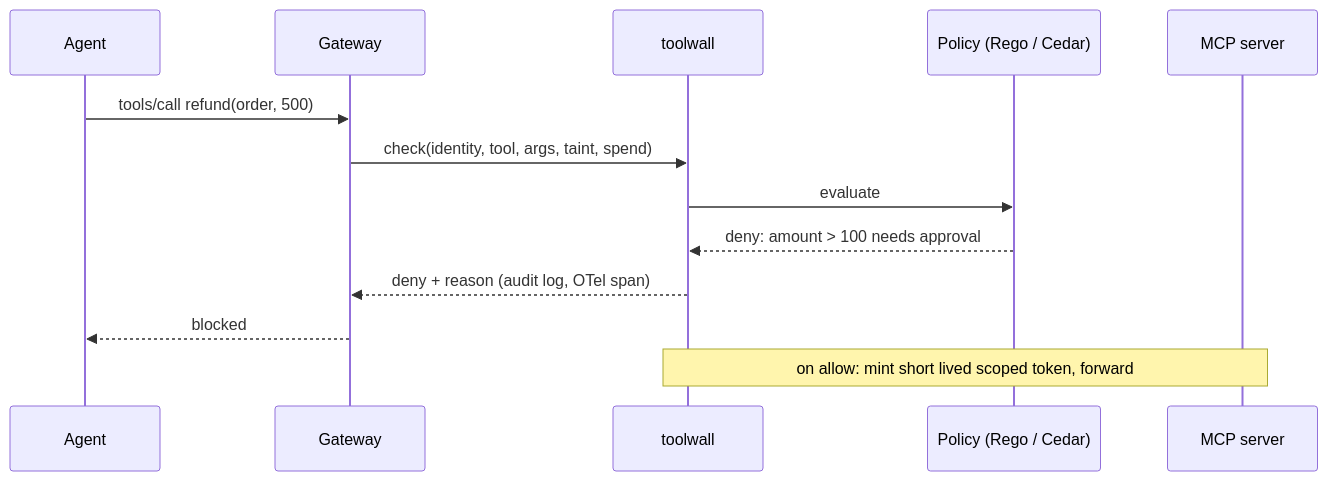
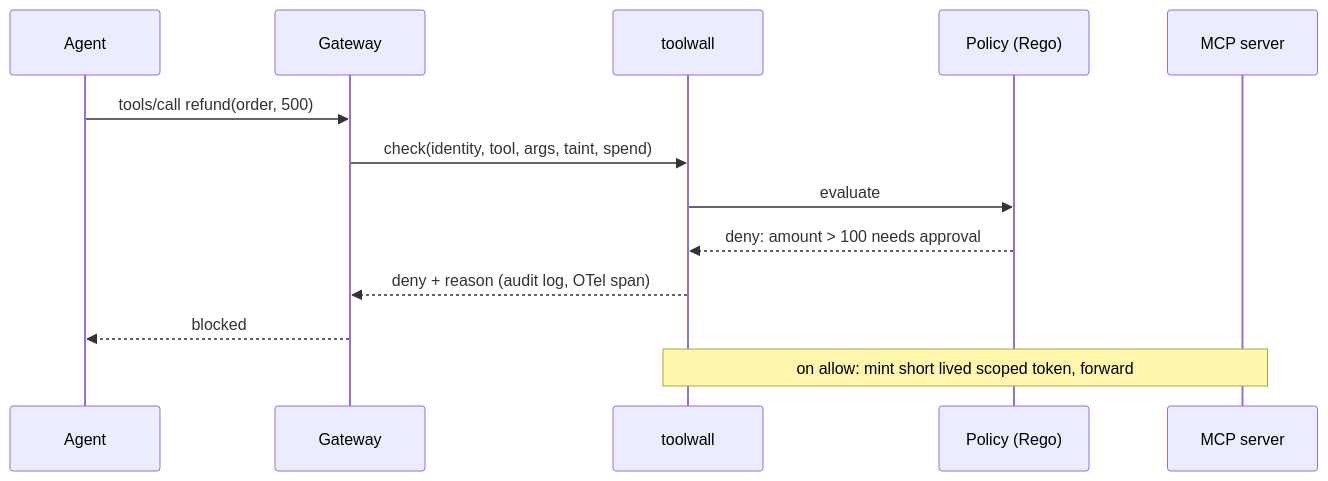
The diagram in README.md (thirumal1206/toolmarshal), drawn with Mermaid before and after one commit. The commit also changed other lines of this file, not shown here.

Commit message:
docs: separate target architecture from what works today (#11)

````diff
--- a/README.md
+++ b/README.md
@@ -13,15 +17,15 @@
 ```mermaid
 sequenceDiagram
     participant A as Agent
     participant G as Gateway
     participant T as toolwall
-    participant P as Policy (Rego / Cedar)
+    participant P as Policy (Rego)
     participant M as MCP server
     A->>G: tools/call refund(order, 500)
     G->>T: check(identity, tool, args, taint, spend)
     T->>P: evaluate
     P-->>T: deny: amount > 100 needs approval
     T-->>G: deny + reason (audit log, OTel span)
     G-->>A: blocked
     Note over T,M: on allow: mint short lived scoped token, forward
 ```
````
